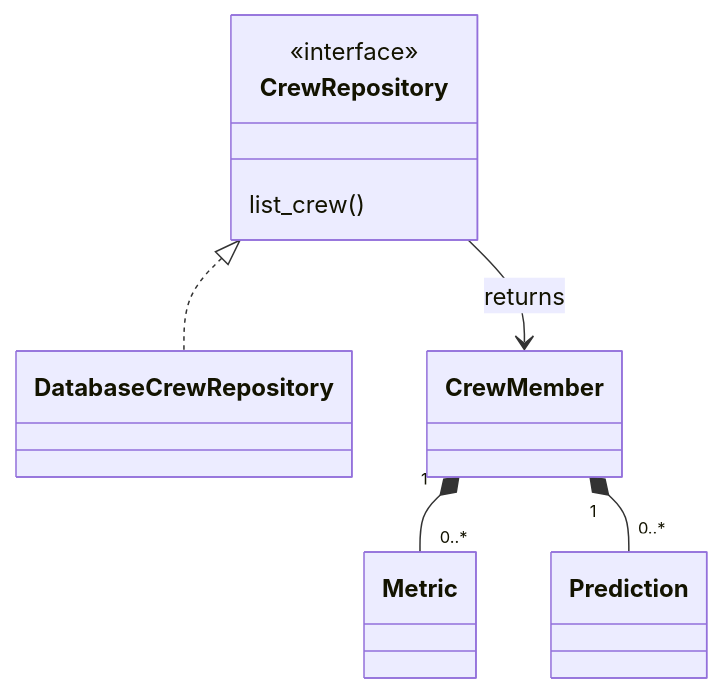
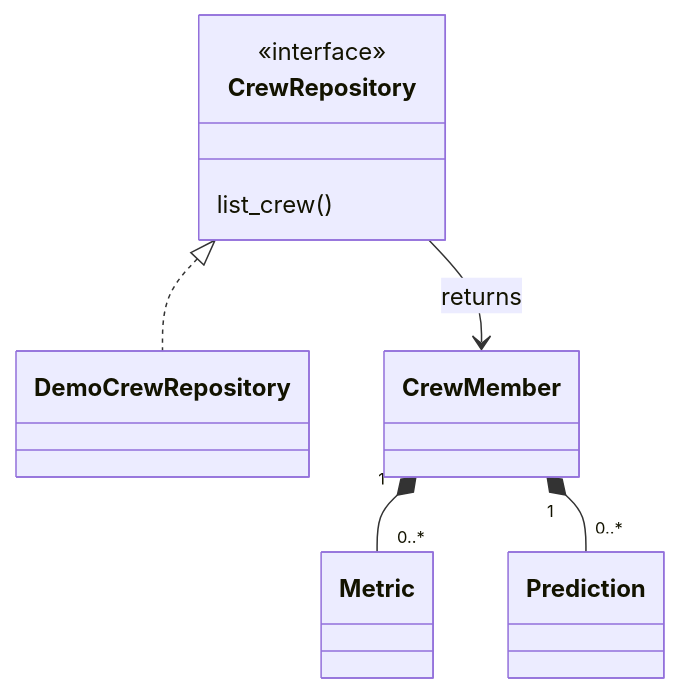
Before and after one commit to elibrown/BioNotate: the diagram in README.md, drawn with Mermaid. The commit also changed other lines of this file and 14 other files, not shown here.

````diff
--- a/README.md
+++ b/README.md
@@ -67,11 +66,11 @@
 ```mermaid
 classDiagram
     class CrewRepository {
         <<interface>>
         list_crew()
     }
-    CrewRepository <|.. DatabaseCrewRepository
+    CrewRepository <|.. DemoCrewRepository
     CrewRepository --> CrewMember : returns
     CrewMember "1" *-- "0..*" Metric
     CrewMember "1" *-- "0..*" Prediction
 ```
````
